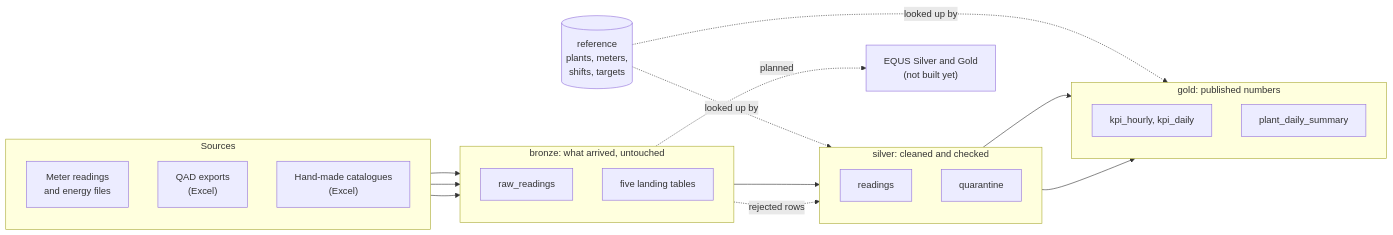
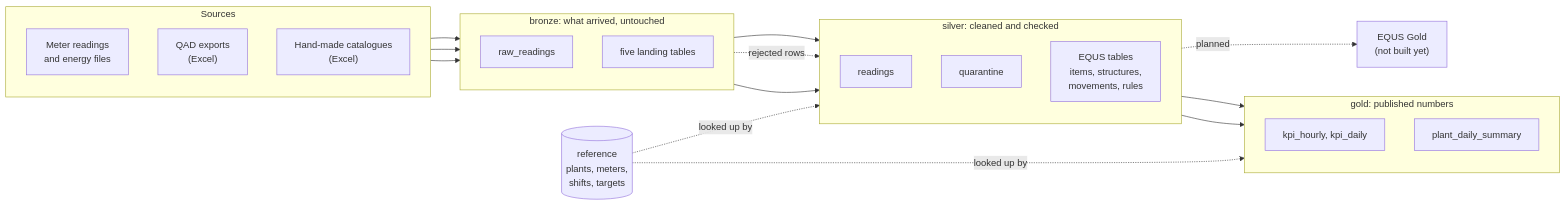
Before and after one commit to juanpablocarrillohortua/clarios_app: the first of 10 diagrams in docs/database_overview.md, drawn with Mermaid. The commit also changed other lines of this file and 21 other files, not shown here.

First line of the commit message:
feat(equs): add the Silver layer and the Bronze to Silver build

````diff
--- a/docs/database_overview.md
+++ b/docs/database_overview.md
@@ -34,38 +35,40 @@
 ```mermaid
 flowchart LR
     subgraph src["Sources"]
         direction TB
         M["Meter readings<br/>and energy files"]
         Q["QAD exports<br/>(Excel)"]
         H["Hand-made catalogues<br/>(Excel)"]
     end
 
     subgraph bronze["bronze: what arrived, untouched"]
         direction TB
         RR["raw_readings"]
         LT["five landing tables"]
     end
 
     subgraph silver["silver: cleaned and checked"]
         direction TB
         SR["readings"]
         SQ["quarantine"]
+        ES["EQUS tables<br/>items, structures,<br/>movements, rules"]
     end
 
     subgraph gold["gold: published numbers"]
         direction TB
         GK["kpi_hourly, kpi_daily"]
         GS["plant_daily_summary"]
     end
 
     REF[("reference<br/>plants, meters,<br/>shifts, targets")]
 
     M --> RR --> SR --> GK
     SR --> GS
     RR -. "rejected rows" .-> SQ
     Q --> LT
     H --> LT
-    LT -. "planned" .-> EQ["EQUS Silver and Gold<br/>(not built yet)"]
+    LT --> ES
+    ES -. "planned" .-> EQ["EQUS Gold<br/>(not built yet)"]
     REF -. "looked up by" .-> SR
     REF -. "looked up by" .-> GK
 ```
````
